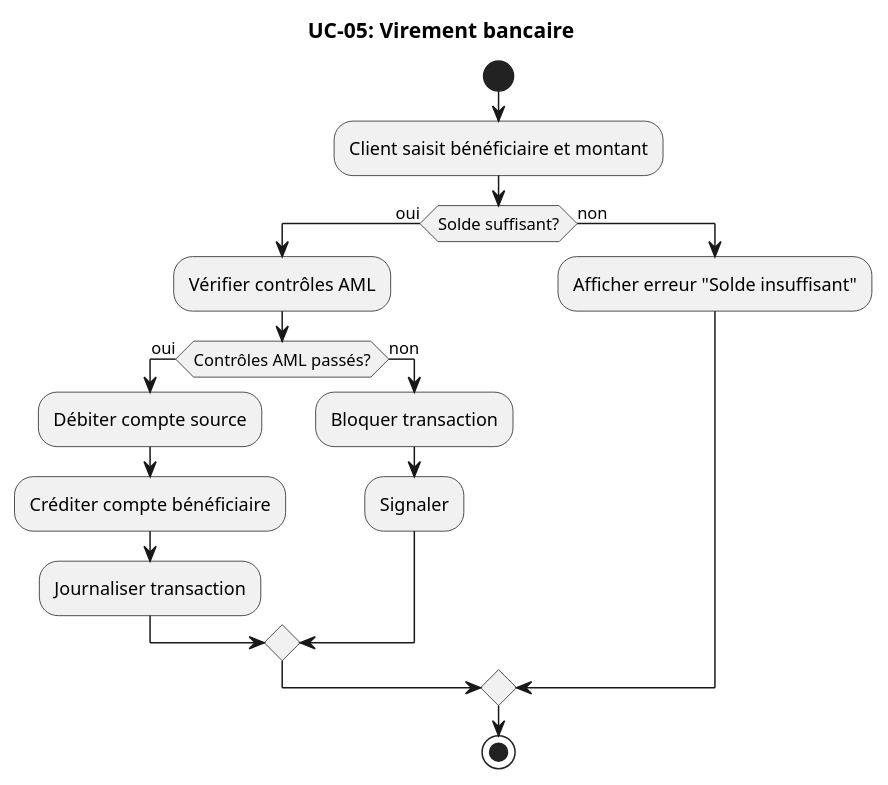
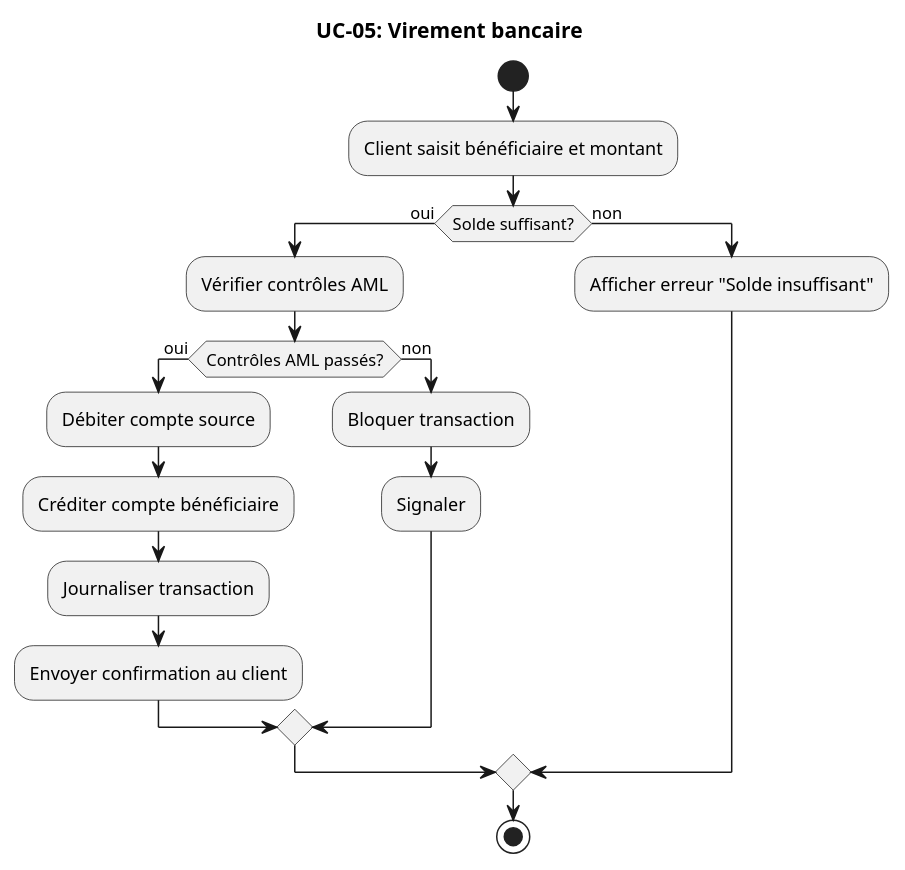
The diagram in PlantUML/activity_UC-05.puml (Toksunus/banksimple), drawn with PlantUML before and after one commit. The commit also changed 34 other files, not shown here.

Commit message:
plantUML diagram changes

```diff
--- a/PlantUML/activity_UC-05.puml
+++ b/PlantUML/activity_UC-05.puml
@@ -1,30 +1,31 @@
-@startuml
+@startuml activity_UC-05
 title UC-05: Virement bancaire
 
 start
 
 :Client saisit bénéficiaire et montant;
 
 if (Solde suffisant?) then (oui)
   
   :Vérifier contrôles AML;
   
   if (Contrôles AML passés?) then (oui)
     
     :Débiter compte source;
     :Créditer compte bénéficiaire;
     
     :Journaliser transaction;
-    
+    :Envoyer confirmation au client;
+
   else (non)
     :Bloquer transaction;
     :Signaler;
   endif
   
 else (non)
   :Afficher erreur "Solde insuffisant";
 endif
 
 stop
 
 @enduml
```
